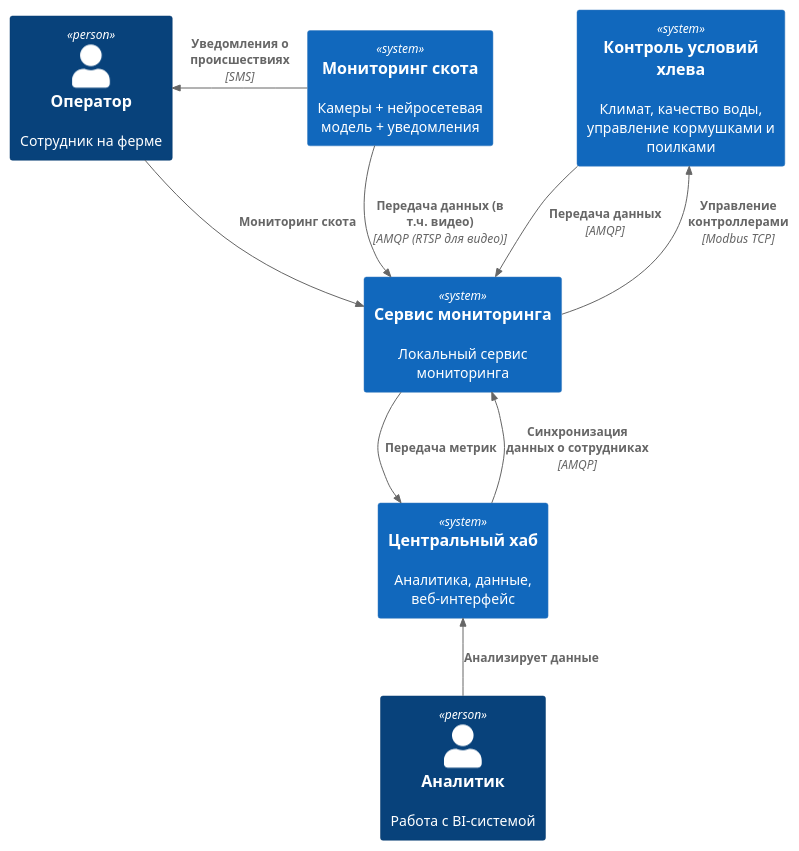
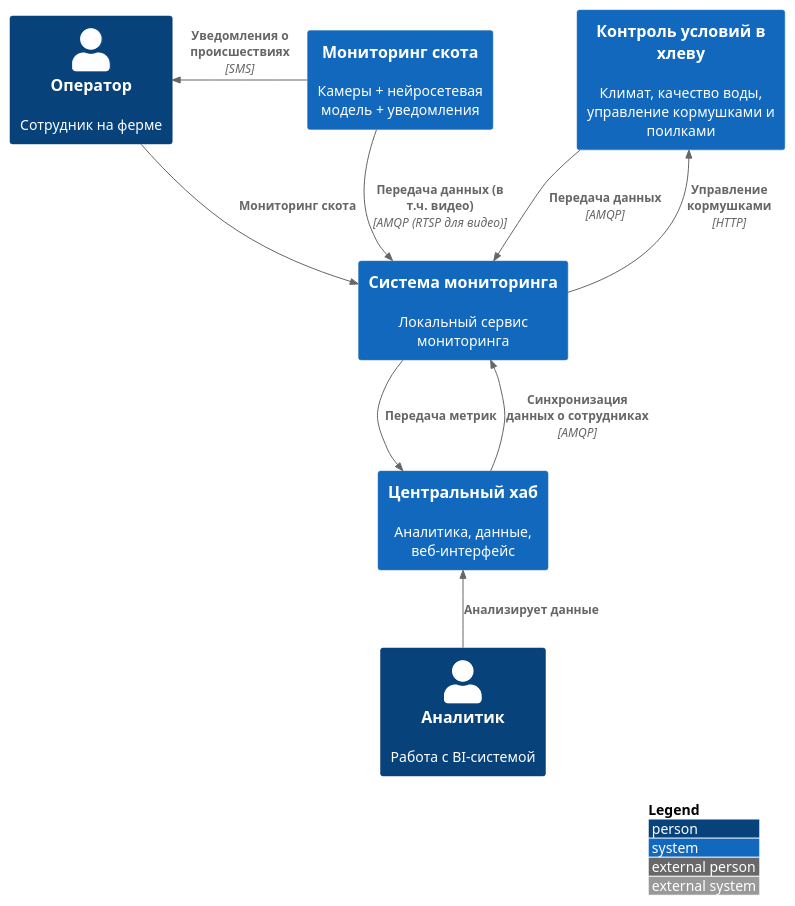
The second of 2 diagrams in Task1/ADR-001.md (destonar/MSA-AgroTech), drawn with PlantUML before and after one commit. The commit also changed other lines of this file and 2 other files, not shown here.

````diff
--- a/Task1/ADR-001.md
+++ b/Task1/ADR-001.md
@@ -126,26 +119,28 @@
 ```plantuml
 @startuml Agrotech Distributed System Context
 !include https://raw.githubusercontent.com/plantuml-stdlib/C4-PlantUML/master/C4_Context.puml
 
 Person(operator, "Оператор", "Сотрудник на ферме")
 Person(analytic, "Аналитик", "Работа с BI-системой")
 
 System(cattleMonitoring, "Мониторинг скота", "Камеры + нейросетевая модель + уведомления")
-System(conditionsControlService, "Контроль условий хлева", "Климат, качество воды, управление кормушками и поилками")
+System(conditionsControlService, "Контроль условий в хлеву", "Климат, качество воды, управление кормушками и поилками")
 
-System(localService, "Сервис мониторинга", "Локальный сервис мониторинга")
+System(localService, "Система мониторинга", "Локальный сервис мониторинга")
 
 System(centralHub, "Центральный хаб", "Аналитика, данные, веб-интерфейс")
 
 Rel_D(cattleMonitoring, localService, "Передача данных (в т.ч. видео)", "AMQP (RTSP для видео)")
 Rel_D(conditionsControlService, localService, "Передача данных", "AMQP")
-Rel_U(localService, conditionsControlService, "Управление контроллерами", "Modbus TCP")
+Rel_U(localService, conditionsControlService, "Управление кормушками", "HTTP")
 
 Rel_D(localService, centralHub, "Передача метрик")
 Rel_U(centralHub, localService, "Синхронизация данных о сотрудниках", "AMQP")
 
 Rel_R(operator, localService, "Мониторинг скота")
 Rel_L(cattleMonitoring, operator, "Уведомления о происшествиях", "SMS")
 Rel_U(analytic, centralHub, "Анализирует данные")
+
+LAYOUT_WITH_LEGEND()
 @enduml
 ```
````
